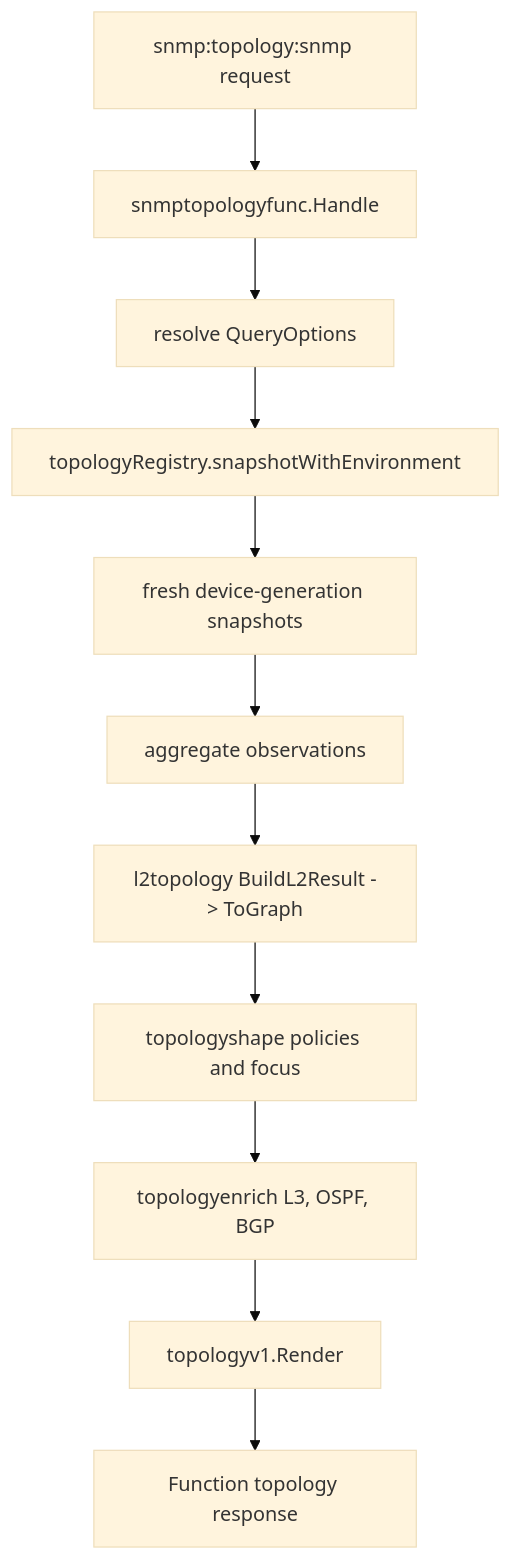
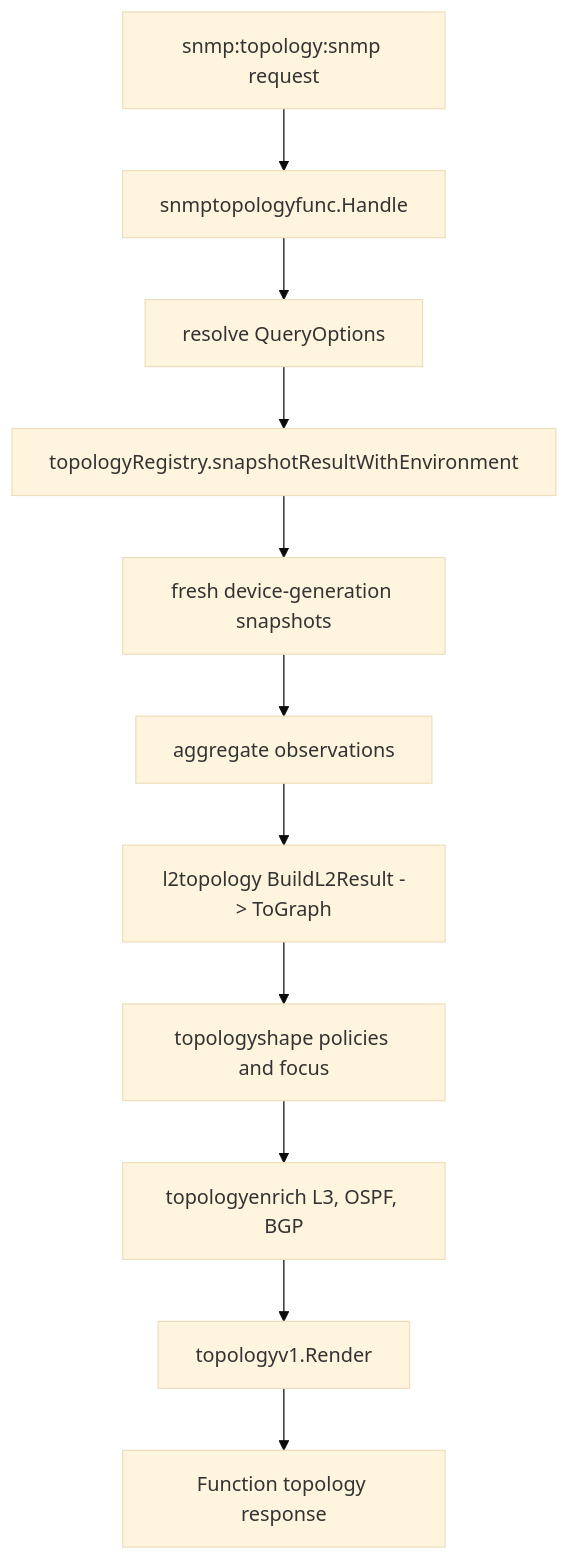
Before and after one commit to netdata/netdata: the third of 3 diagrams in src/go/plugin/go.d/collector/snmp_topology/ARCHITECTURE.md, drawn with Mermaid (base theme). The commit also changed other lines of this file and 75 other files, not shown here.

````diff
--- a/src/go/plugin/go.d/collector/snmp_topology/ARCHITECTURE.md
+++ b/src/go/plugin/go.d/collector/snmp_topology/ARCHITECTURE.md
@@ -614,17 +620,17 @@
 ```mermaid
 flowchart TD
     Request["snmp:topology:snmp request"]
     Handler["snmptopologyfunc.Handle"]
     Options["resolve QueryOptions"]
-    Registry["topologyRegistry.snapshotWithEnvironment"]
+    Registry["topologyRegistry.snapshotResultWithEnvironment"]
     Snapshot["fresh device-generation snapshots"]
     Aggregate["aggregate observations"]
     L2["l2topology BuildL2Result -> ToGraph"]
     Shape["topologyshape policies and focus"]
     Enrich["topologyenrich L3, OSPF, BGP"]
     Render["topologyv1.Render"]
     Response["Function topology response"]
 
     Request --> Handler --> Options --> Registry --> Snapshot --> Aggregate
     Aggregate --> L2 --> Shape --> Enrich --> Render --> Response
 ```
````
